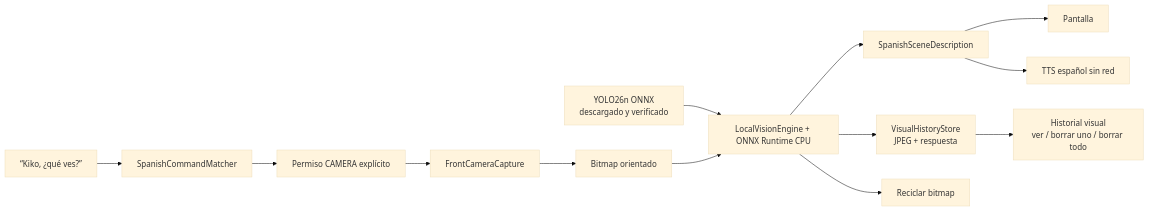
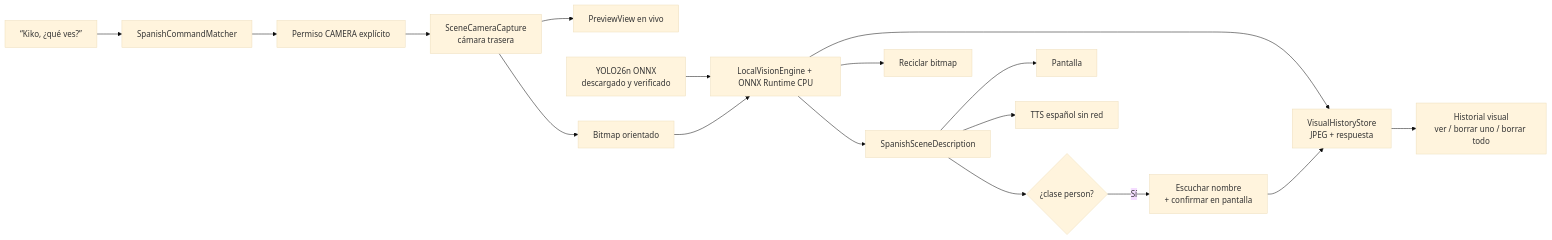
The second of 5 diagrams in docs/ARCHITECTURE.md (arielmendz/kiko), drawn with Mermaid (base theme) before and after one commit. The commit also changed other lines of this file and 25 other files, not shown here.

````diff
--- a/docs/ARCHITECTURE.md
+++ b/docs/ARCHITECTURE.md
@@ -77,15 +88,19 @@
 ```mermaid
 flowchart LR
     Command["“Kiko, ¿qué ves?”"] --> Matcher["SpanishCommandMatcher"]
     Matcher --> Permission["Permiso CAMERA explícito"]
-    Permission --> Camera["FrontCameraCapture"]
+    Permission --> Camera["SceneCameraCapture<br/>cámara trasera"]
+    Camera --> Preview["PreviewView en vivo"]
     Camera --> Frame["Bitmap orientado"]
     Model["YOLO26n ONNX<br/>descargado y verificado"] --> Vision["LocalVisionEngine + ONNX Runtime CPU"]
     Frame --> Vision
     Vision --> Description["SpanishSceneDescription"]
     Vision --> History["VisualHistoryStore<br/>JPEG + respuesta"]
+    Description --> Person{"¿clase person?"}
+    Person -- "Sí" --> Name["Escuchar nombre<br/>+ confirmar en pantalla"]
+    Name --> History
     History --> Gallery["Historial visual<br/>ver / borrar uno / borrar todo"]
     Description --> Screen["Pantalla"]
     Description --> Voice["TTS español sin red"]
     Vision --> Discard["Reciclar bitmap"]
 ```
````
